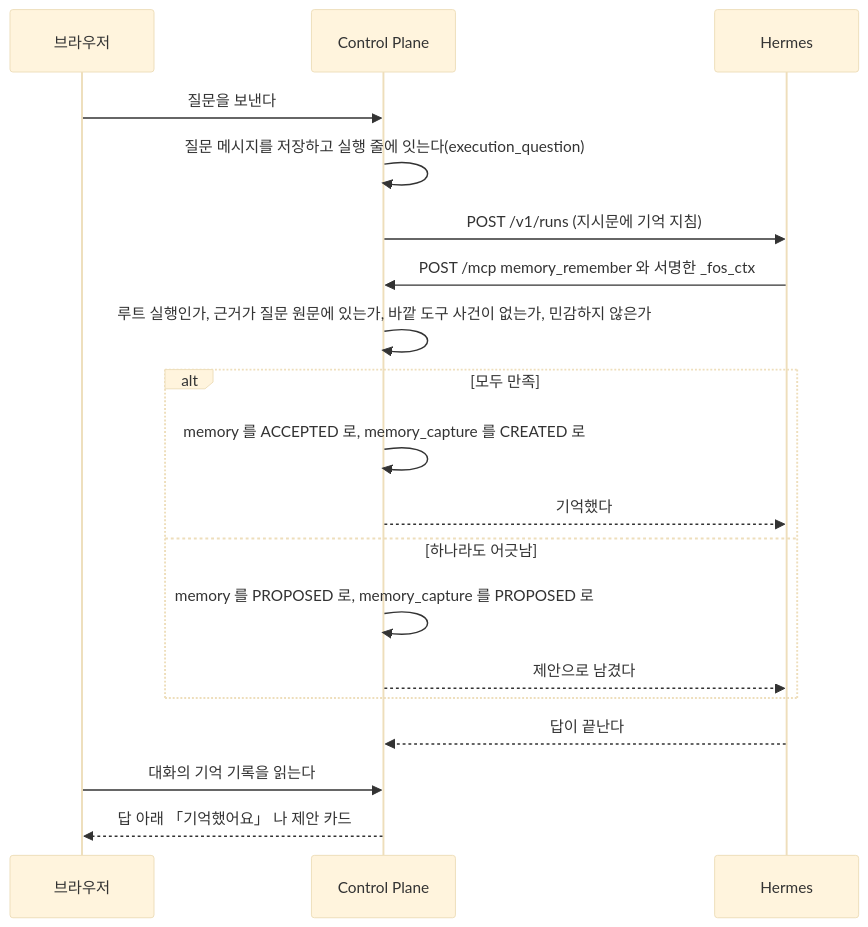
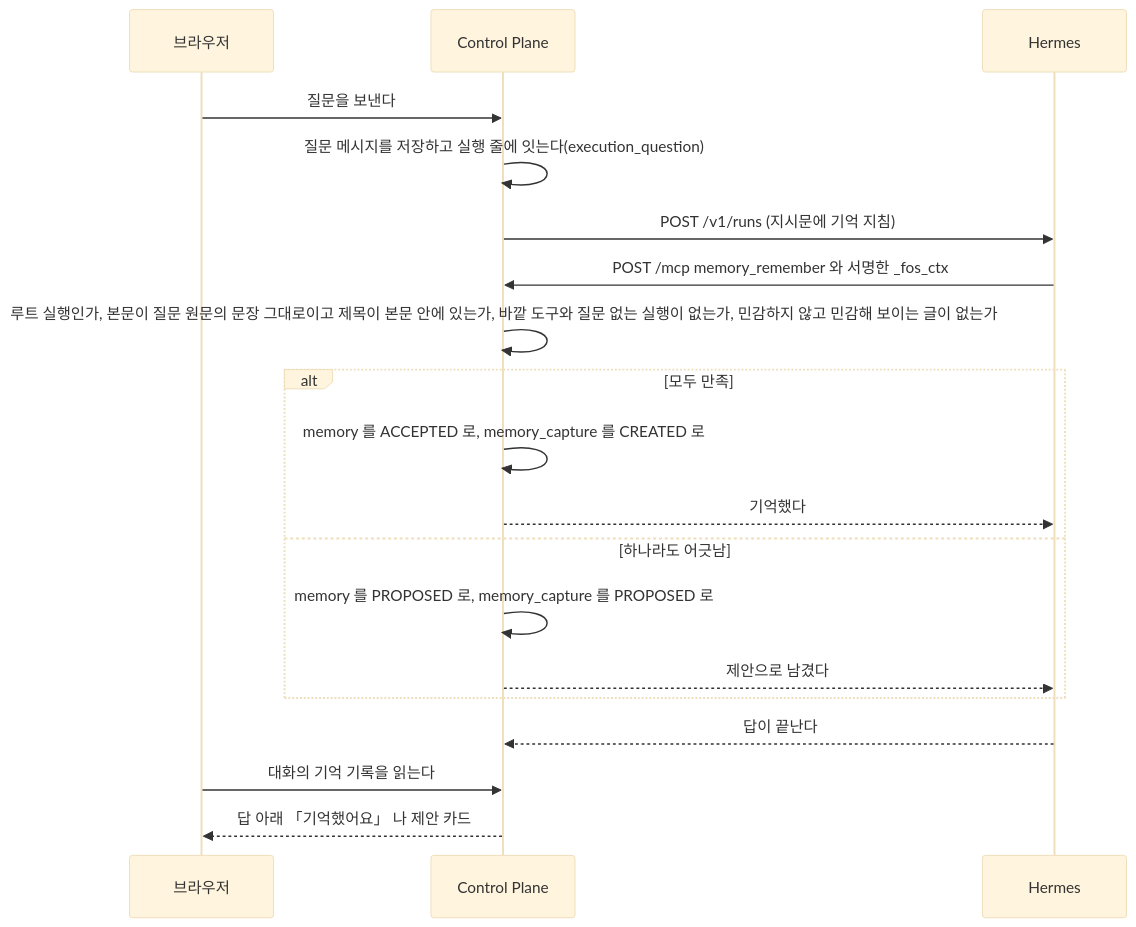
The seventh of 8 diagrams in docs/flow.md (jon890/fos-assistant), drawn with Mermaid (base theme) before and after one commit. The commit also changed 8 other files, not shown here.

````diff
--- a/docs/flow.md
+++ b/docs/flow.md
@@ -357,22 +357,22 @@
 ```mermaid
 sequenceDiagram
     participant B as 브라우저
     participant C as Control Plane
     participant H as Hermes
 
     B->>C: 질문을 보낸다
     C->>C: 질문 메시지를 저장하고 실행 줄에 잇는다(execution_question)
     C->>H: POST /v1/runs (지시문에 기억 지침)
     H->>C: POST /mcp memory_remember 와 서명한 _fos_ctx
-    C->>C: 루트 실행인가, 근거가 질문 원문에 있는가, 바깥 도구 사건이 없는가, 민감하지 않은가
+    C->>C: 루트 실행인가, 본문이 질문 원문의 문장 그대로이고 제목이 본문 안에 있는가, 바깥 도구와 질문 없는 실행이 없는가, 민감하지 않고 민감해 보이는 글이 없는가
     alt 모두 만족
         C->>C: memory 를 ACCEPTED 로, memory_capture 를 CREATED 로
         C-->>H: 기억했다
     else 하나라도 어긋남
         C->>C: memory 를 PROPOSED 로, memory_capture 를 PROPOSED 로
         C-->>H: 제안으로 남겼다
     end
     H-->>C: 답이 끝난다
     B->>C: 대화의 기억 기록을 읽는다
     C-->>B: 답 아래 「기억했어요」 나 제안 카드
 ```
````
